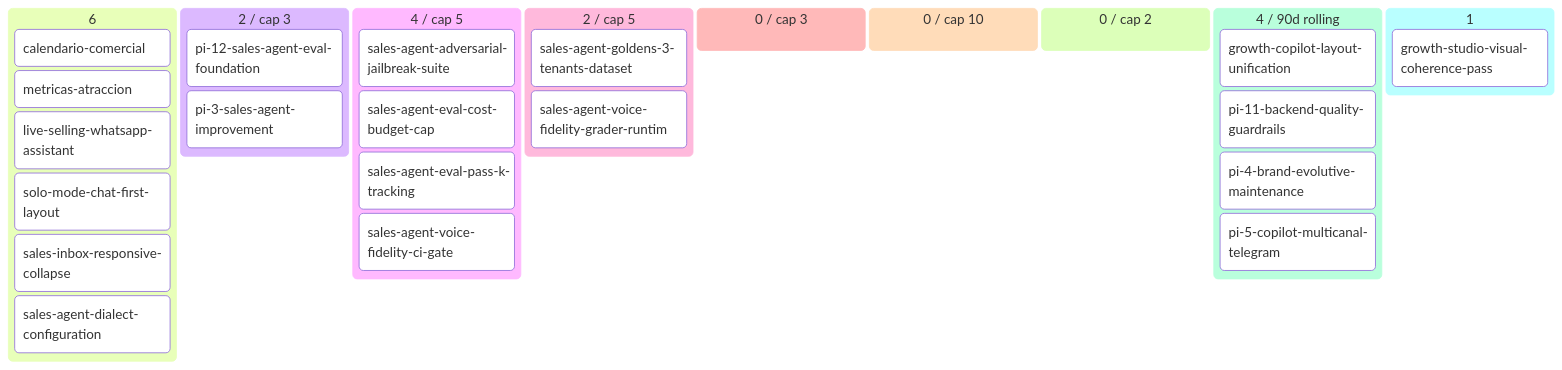
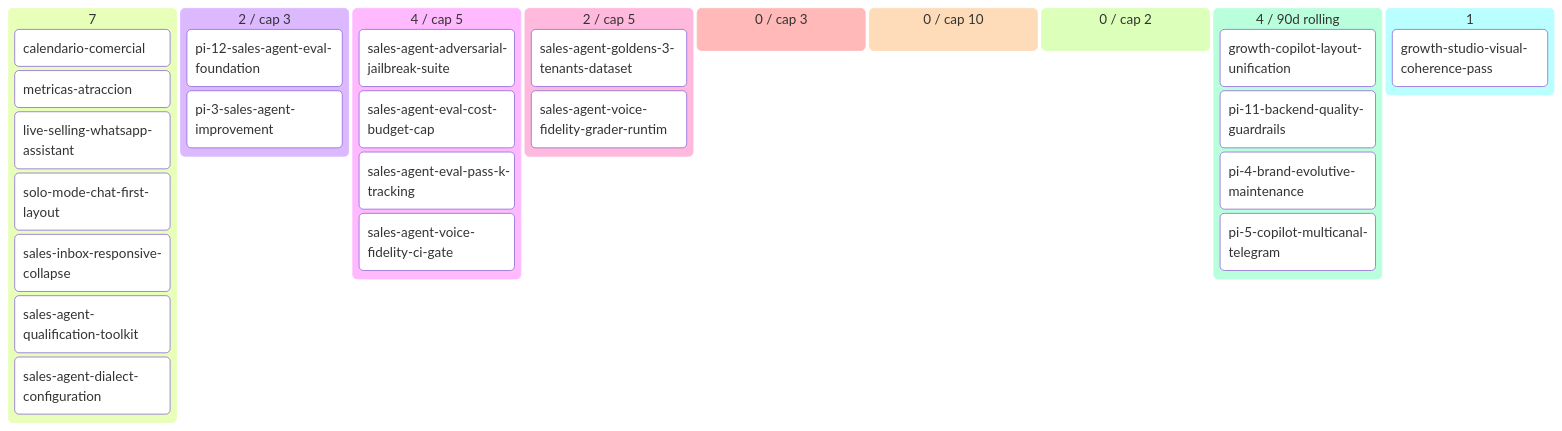
The diagram in docs/product/BACKLOG.md (alpacapurpura/ap_sales_agent), drawn with Mermaid before and after one commit. The commit also changed other lines of this file and 3 other files, not shown here.

````diff
--- a/docs/product/BACKLOG.md
+++ b/docs/product/BACKLOG.md
@@ -55,31 +56,32 @@
 ```mermaid
 kanban
-  💡 Ideas (6)
+  💡 Ideas (7)
     calendario-comercial[calendario-comercial]
     metricas-atraccion[metricas-atraccion]
     live-selling-whatsapp-assistan[live-selling-whatsapp-assistant]
     solo-mode-chat-first-layout[solo-mode-chat-first-layout]
     sales-inbox-responsive-collaps[sales-inbox-responsive-collapse]
+    sales-agent-qualification-tool[sales-agent-qualification-toolkit]
     sales-agent-dialect-configurat[sales-agent-dialect-configuration]
   🔬 Refining (2 / cap 3)
     pi-12-sales-agent-eval-foundat[pi-12-sales-agent-eval-foundation]
     pi-3-sales-agent-improvement[pi-3-sales-agent-improvement]
   ✅ Refined (4 / cap 5)
     sales-agent-adversarial-jailbr[sales-agent-adversarial-jailbreak-suite]
     sales-agent-eval-cost-budget-c[sales-agent-eval-cost-budget-cap]
     sales-agent-eval-pass-k-tracki[sales-agent-eval-pass-k-tracking]
     sales-agent-voice-fidelity-ci-[sales-agent-voice-fidelity-ci-gate]
   📦 Ready (2 / cap 5)
     sales-agent-goldens-3-tenants-[sales-agent-goldens-3-tenants-dataset]
     sales-agent-voice-fidelity-gra[sales-agent-voice-fidelity-grader-runtim]
   🔨 Developing (0 / cap 3)
   🧪 Developed (0 / cap 10)
   🔍 Reviewing (0 / cap 2)
   ✅ Done (4 / 90d rolling)
     growth-copilot-layout-unificat[growth-copilot-layout-unification]
     pi-11-backend-quality-guardrai[pi-11-backend-quality-guardrails]
     pi-4-brand-evolutive-maintenan[pi-4-brand-evolutive-maintenance]
     pi-5-copilot-multicanal-telegr[pi-5-copilot-multicanal-telegram]
   🅿 Parked (1)
     growth-studio-visual-coherence[growth-studio-visual-coherence-pass]
 ```
````
